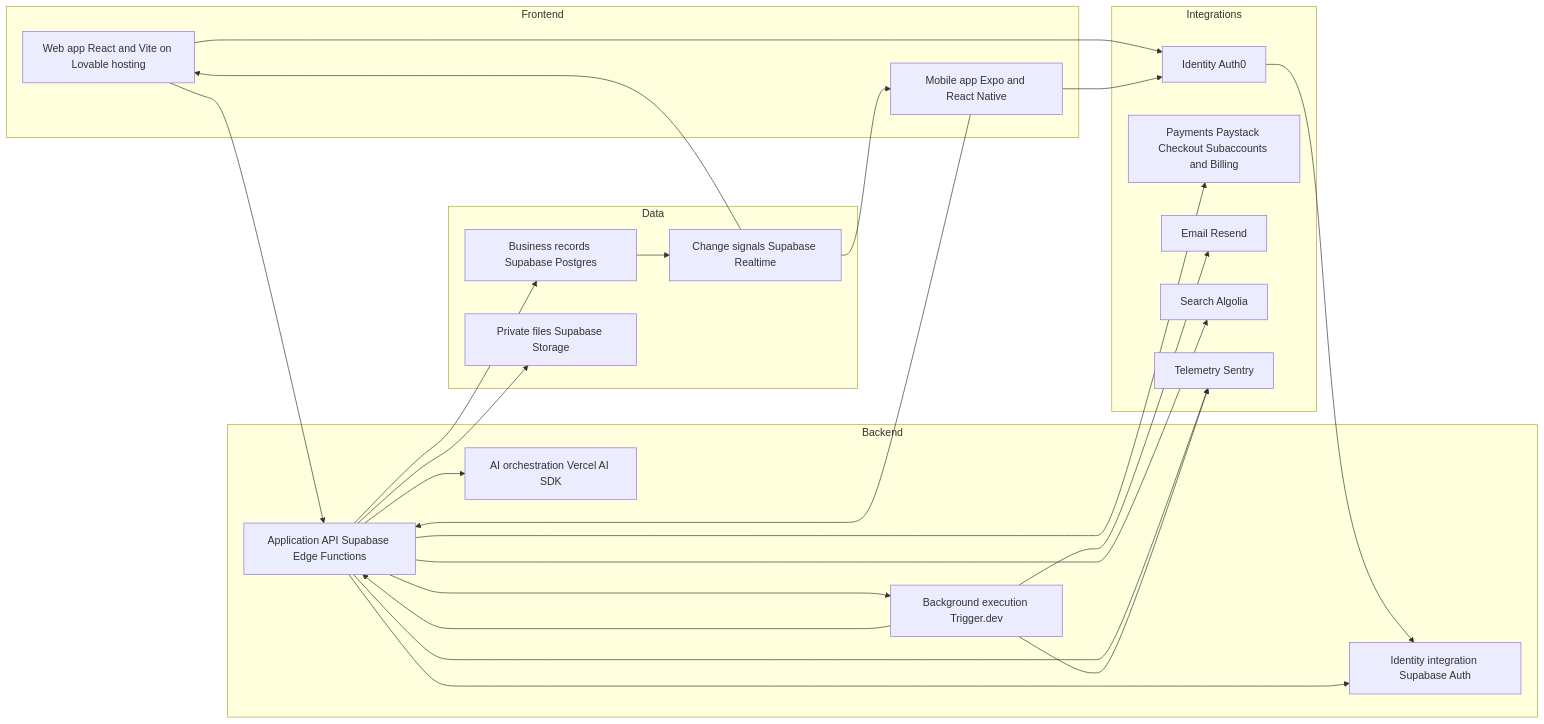
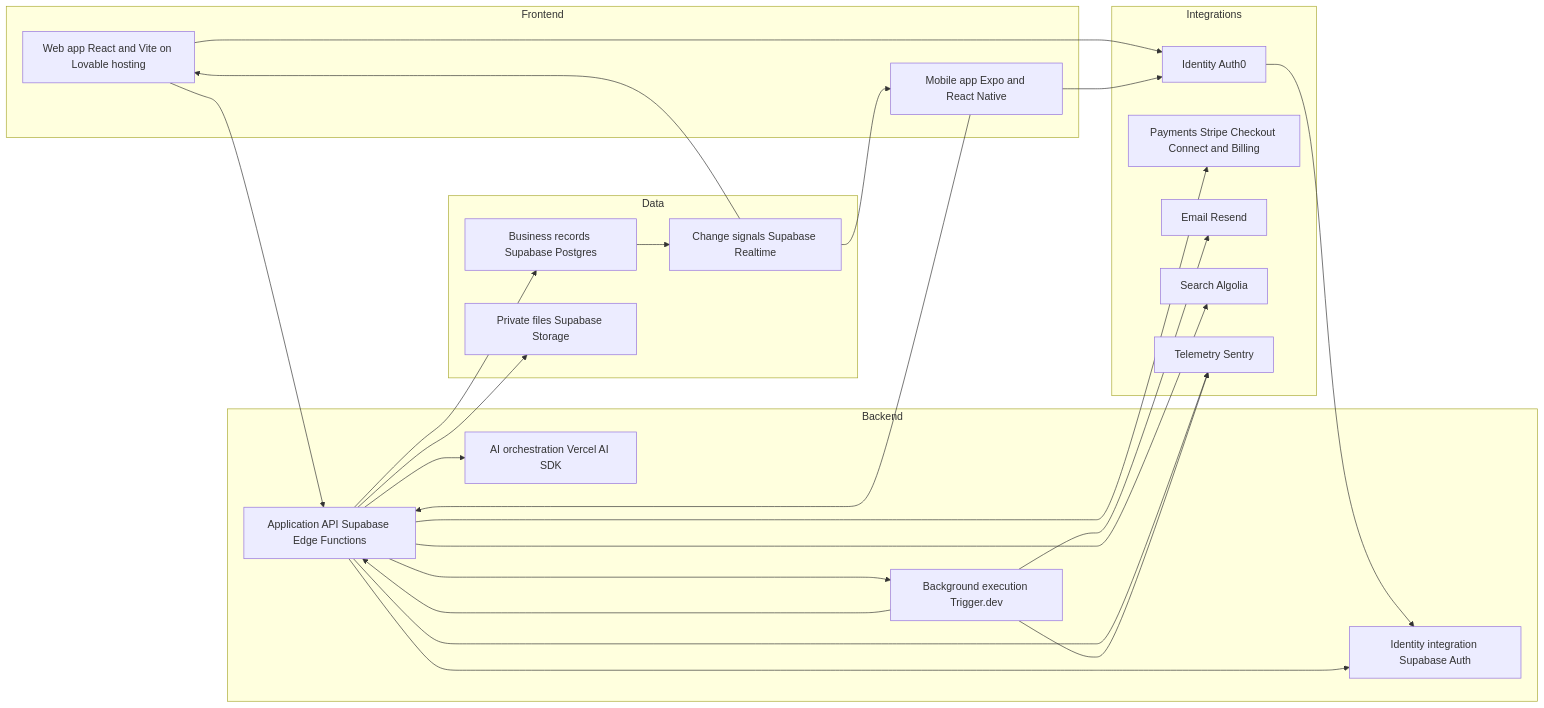
The second of 4 diagrams in blueprint/architecture.md (TheLionKing7/Owanbe), drawn with Mermaid before and after one commit. The commit also changed other lines of this file, not shown here.

````diff
--- a/blueprint/architecture.md
+++ b/blueprint/architecture.md
@@ -52,44 +52,44 @@
 ```mermaid
 flowchart LR
 subgraph Frontend
 Web["Web app React and Vite on Lovable hosting"]
 Mobile["Mobile app Expo and React Native"]
 end
 subgraph Backend
 API["Application API Supabase Edge Functions"]
 Access["Identity integration Supabase Auth"]
 Jobs["Background execution Trigger.dev"]
 AI["AI orchestration Vercel AI SDK"]
 end
 subgraph Data
 DB["Business records Supabase Postgres"]
 Files["Private files Supabase Storage"]
 Live["Change signals Supabase Realtime"]
 end
 subgraph Integrations
 Login["Identity Auth0"]
-Pay["Payments Paystack Checkout Subaccounts and Billing"]
+Pay["Payments Stripe Checkout Connect and Billing"]
 Mail["Email Resend"]
 Search["Search Algolia"]
 Errors["Telemetry Sentry"]
 end
 Web --> API
 Mobile --> API
 Web --> Login
 Mobile --> Login
 Login --> Access
 API --> Access
 API --> DB
 API --> Files
 API --> AI
 API --> Pay
 API --> Search
 API --> Jobs
 Jobs --> API
 Jobs --> Mail
 DB --> Live
 Live --> Web
 Live --> Mobile
 API --> Errors
 Jobs --> Errors
 ```
````
